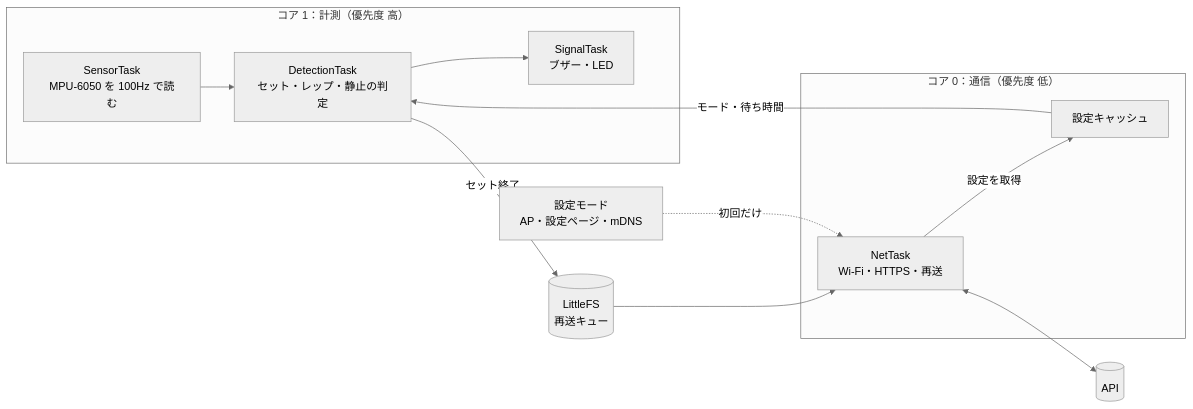
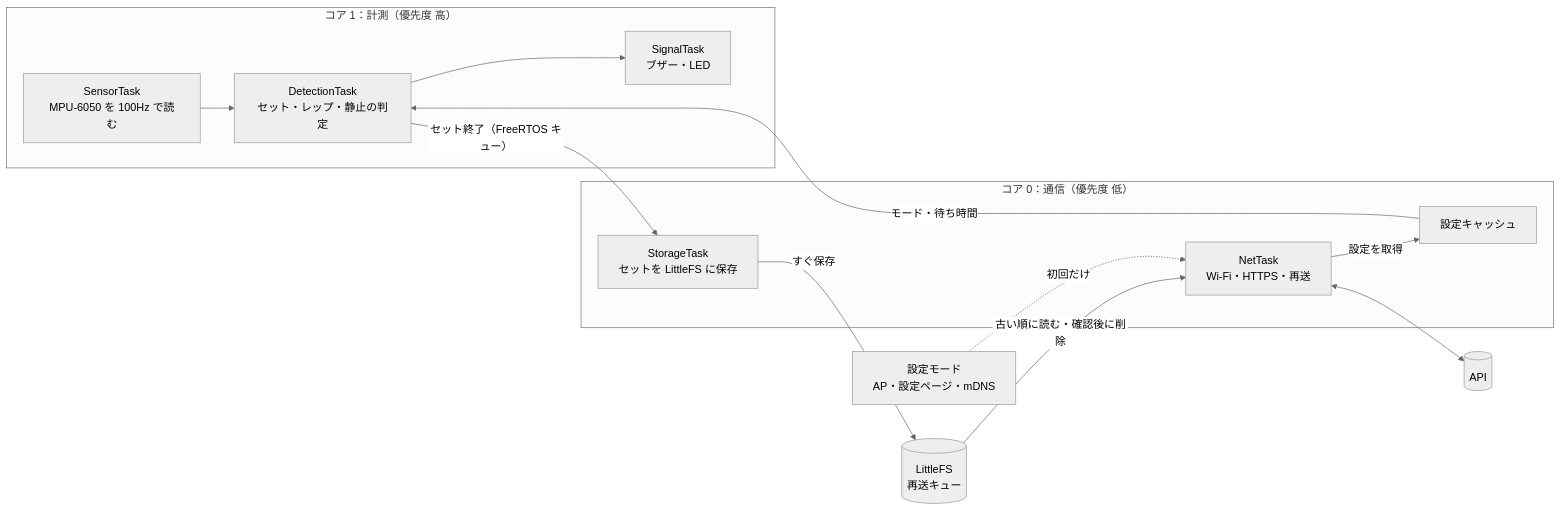
The second of 6 diagrams in docs/architecture.md (hayate5967/press-call), drawn with Mermaid (neutral theme) before and after one commit. The commit also changed other lines of this file and 22 other files, not shown here.

````diff
--- a/docs/architecture.md
+++ b/docs/architecture.md
@@ -43,17 +43,19 @@
 ```mermaid
 flowchart LR
   subgraph core1["コア 1：計測（優先度 高）"]
     S["SensorTask<br/>MPU-6050 を 100Hz で読む"] --> D["DetectionTask<br/>セット・レップ・静止の判定"]
     D --> SG["SignalTask<br/>ブザー・LED"]
   end
   subgraph core0["コア 0：通信（優先度 低）"]
+    ST["StorageTask<br/>セットを LittleFS に保存"]
     N["NetTask<br/>Wi-Fi・HTTPS・再送"]
     C["設定キャッシュ"]
   end
-  D -- "セット終了" --> Q[("LittleFS<br/>再送キュー")]
-  Q --> N
+  D -- "セット終了（FreeRTOS キュー）" --> ST
+  ST -- "すぐ保存" --> Q[("LittleFS<br/>再送キュー")]
+  Q -- "古い順に読む・確認後に削除" --> N
   N -- "設定を取得" --> C
   C -- "モード・待ち時間" --> D
   N <--> API[("API")]
   SM["設定モード<br/>AP・設定ページ・mDNS"] -. "初回だけ" .-> N
 ```
````
